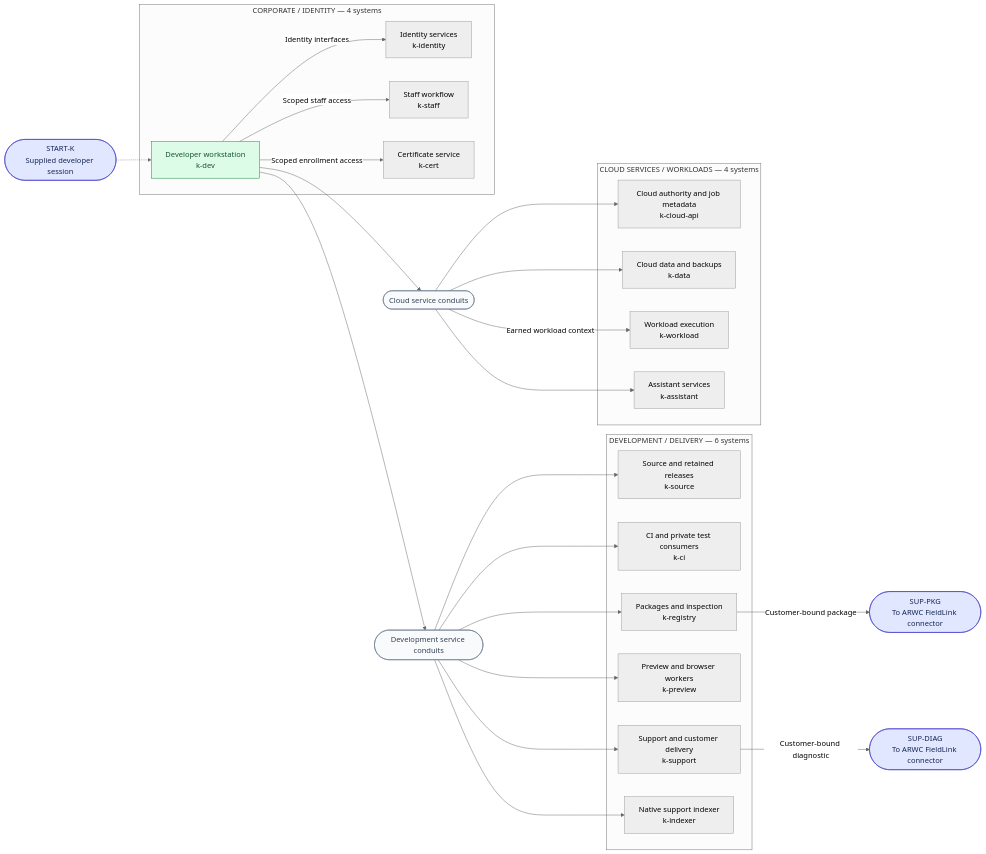
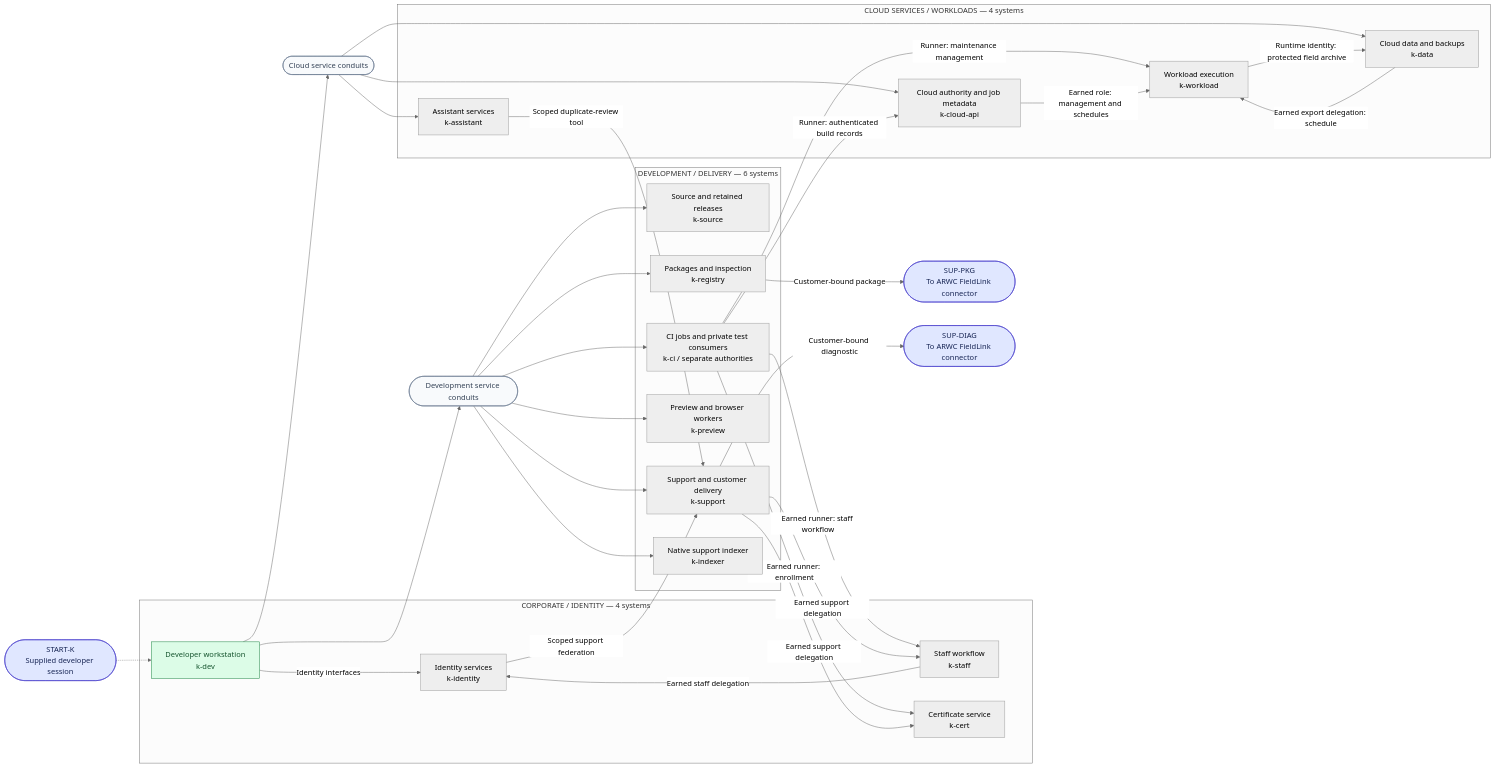
The first of 2 diagrams in cinder-typhoon/design/logical-network/keplerops.md (Brad-Edwards/shifter-scenarios), drawn with Mermaid (neutral theme) before and after one commit. The commit also changed other lines of this file and 27 other files, not shown here.

````diff
--- a/cinder-typhoon/design/logical-network/keplerops.md
+++ b/cinder-typhoon/design/logical-network/keplerops.md
@@ -11,52 +11,61 @@
 ```mermaid
 flowchart LR
   start(["START-K<br/>Supplied developer session"])
   subgraph k_corporate["CORPORATE / IDENTITY — 4 systems"]
     k_dev["Developer workstation<br/>k-dev"]
     k_identity["Identity services<br/>k-identity"]
     k_staff["Staff workflow<br/>k-staff"]
     k_cert["Certificate service<br/>k-cert"]
     k_dev -->|Identity interfaces| k_identity
-    k_dev -->|Scoped staff access| k_staff
-    k_dev -->|Scoped enrollment access| k_cert
   end
   delivery_access(["Development service conduits"])
   cloud_access(["Cloud service conduits"])
   subgraph k_delivery["DEVELOPMENT / DELIVERY — 6 systems"]
     k_source["Source and retained releases<br/>k-source"]
-    k_ci["CI and private test consumers<br/>k-ci"]
+    k_ci["CI jobs and private test consumers<br/>k-ci / separate authorities"]
     k_registry["Packages and inspection<br/>k-registry"]
     k_preview["Preview and browser workers<br/>k-preview"]
     k_support["Support and customer delivery<br/>k-support"]
     k_indexer["Native support indexer<br/>k-indexer"]
   end
   subgraph k_cloud["CLOUD SERVICES / WORKLOADS — 4 systems"]
     k_cloud_api["Cloud authority and job metadata<br/>k-cloud-api"]
     k_data["Cloud data and backups<br/>k-data"]
     k_workload["Workload execution<br/>k-workload"]
     k_assistant["Assistant services<br/>k-assistant"]
   end
   package(["SUP-PKG<br/>To ARWC FieldLink connector"])
   diagnostic(["SUP-DIAG<br/>To ARWC FieldLink connector"])
   start -.-> k_dev
   k_dev --> delivery_access
   k_dev --> cloud_access
   delivery_access --> k_source
   delivery_access --> k_ci
   delivery_access --> k_registry
   delivery_access --> k_preview
   delivery_access --> k_support
   delivery_access --> k_indexer
   cloud_access --> k_cloud_api
   cloud_access --> k_data
-  cloud_access -->|Earned workload context| k_workload
   cloud_access --> k_assistant
+  k_ci -->|Earned runner: staff workflow| k_staff
+  k_ci -->|Earned runner: enrollment| k_cert
+  k_support -->|Earned support delegation| k_staff
+  k_support -->|Earned support delegation| k_cert
+  k_ci -->|Runner: authenticated build records| k_cloud_api
+  k_ci -->|Runner: maintenance management| k_workload
+  k_cloud_api -->|Earned role: management and schedules| k_workload
+  k_data -->|Earned export delegation: schedule| k_workload
+  k_workload -->|Runtime identity: protected field archive| k_data
+  k_staff -->|Earned staff delegation| k_identity
+  k_identity -->|Scoped support federation| k_support
+  k_assistant -->|Scoped duplicate-review tool| k_support
   k_registry -->|Customer-bound package| package
   k_support -->|Customer-bound diagnostic| diagnostic
   classDef port fill:#e0e7ff,stroke:#4338ca,color:#172554;
   classDef conduit fill:#f8fafc,stroke:#64748b,color:#334155;
   classDef foothold fill:#dcfce7,stroke:#15803d,color:#14532d;
   class start,package,diagnostic port;
   class delivery_access,cloud_access conduit;
   class k_dev foothold;
 ```
````
